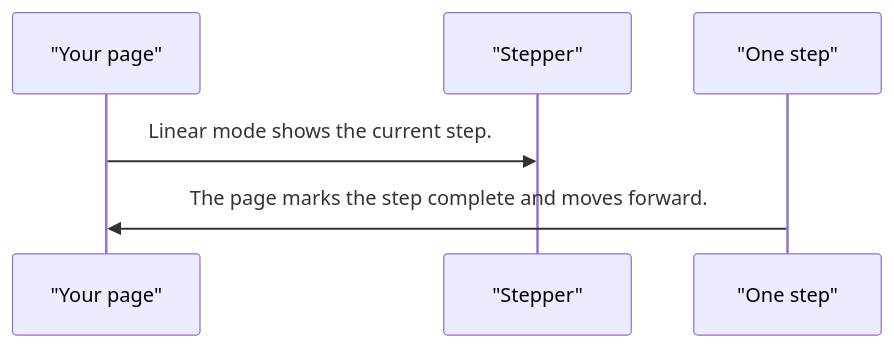
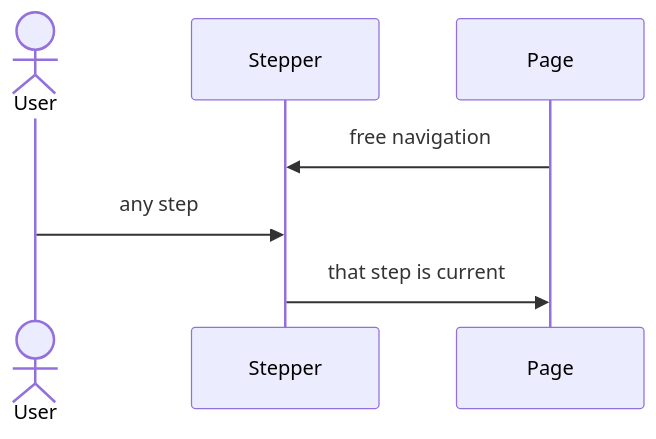
One commit to RajshekharBorate/pixel-ui changed the third of 4 diagrams in projects/pixel-ui/src/lib/pixel-stepper/DESIGN.md. Above: the diagram before and after it, drawn with Mermaid. The commit also changed other lines of this file and 73 other files, not shown here.

Commit message:
Explain who owns each value and what each flow does in every component and service design.

````diff
--- a/projects/pixel-ui/src/lib/pixel-stepper/DESIGN.md
+++ b/projects/pixel-ui/src/lib/pixel-stepper/DESIGN.md
@@ -53,8 +81,9 @@
 ```mermaid
 sequenceDiagram
-  participant page as "Your page"
-  participant stepper as "Stepper"
-  participant step as "One step"
-  page->>stepper: Linear mode shows the current step.
-  step->>page: The page marks the step complete and moves forward.
+  actor User
+  participant Stepper
+  participant Page
+  Page->>Stepper: free navigation
+  User->>Stepper: any step
+  Stepper->>Page: that step is current
 ```
````
